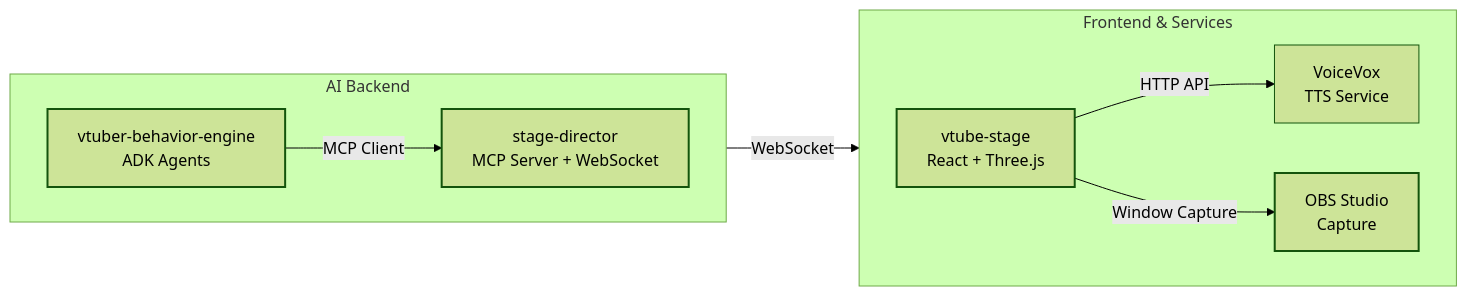
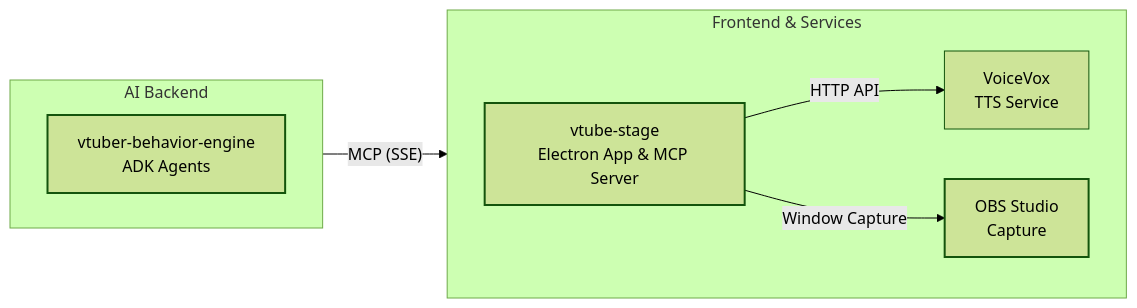
Before and after one commit to LongbowXXX/ai-tuber: the diagram in README.md, drawn with Mermaid (forest theme). The commit also changed other lines of this file and 4 other files, not shown here.

Commit message:
docs: Add initial architectural documentation covering directory structure, key flows, overview, and tech stack, and update README.

````diff
--- a/README.md
+++ b/README.md
@@ -14,24 +14,21 @@
 ```mermaid
 graph LR
     subgraph "AI Backend"
         direction LR
         VBE[vtuber-behavior-engine<br/>ADK Agents]
-        SD[stage-director<br/>MCP Server + WebSocket]
     end
 
     subgraph "Frontend & Services"
         direction LR
-        VS[vtube-stage<br/>React + Three.js]
+        VS[vtube-stage<br/>Electron App & MCP Server]
         VV[VoiceVox<br/>TTS Service]
         OBS[OBS Studio<br/>Capture]
     end
 
-    VBE -- MCP Client --> SD;
-    SD -- WebSocket --> VS;
+    VBE -- MCP (SSE) --> VS;
     VS -- HTTP API --> VV;
     VS -- Window Capture --> OBS;
     style VBE stroke-width: 2px
-    style SD stroke-width: 2px
     style VS stroke-width: 2px
     style OBS stroke-width: 2px
 ```
````
